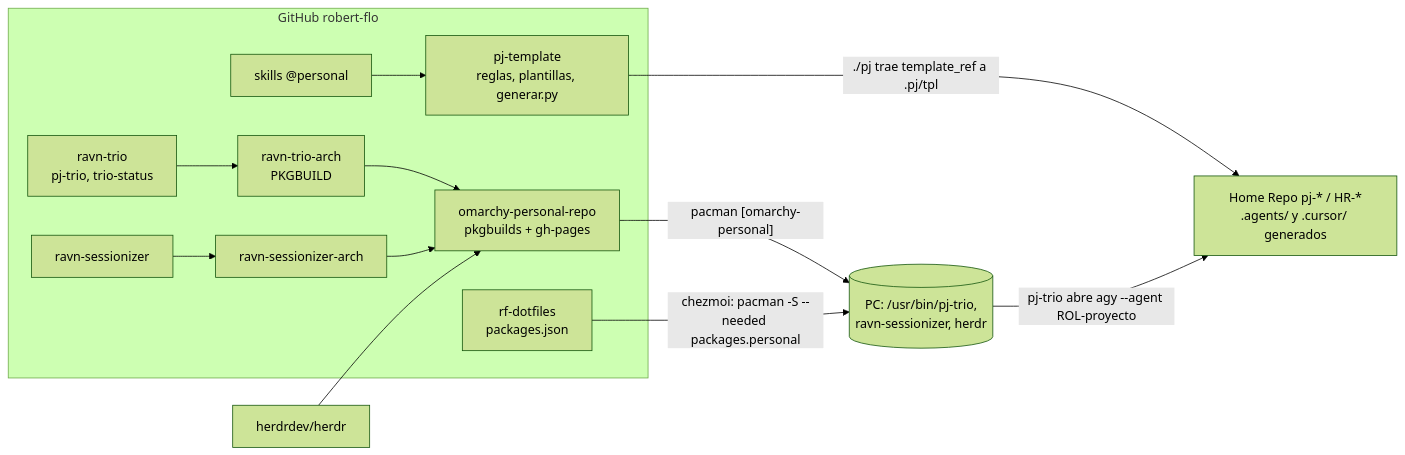
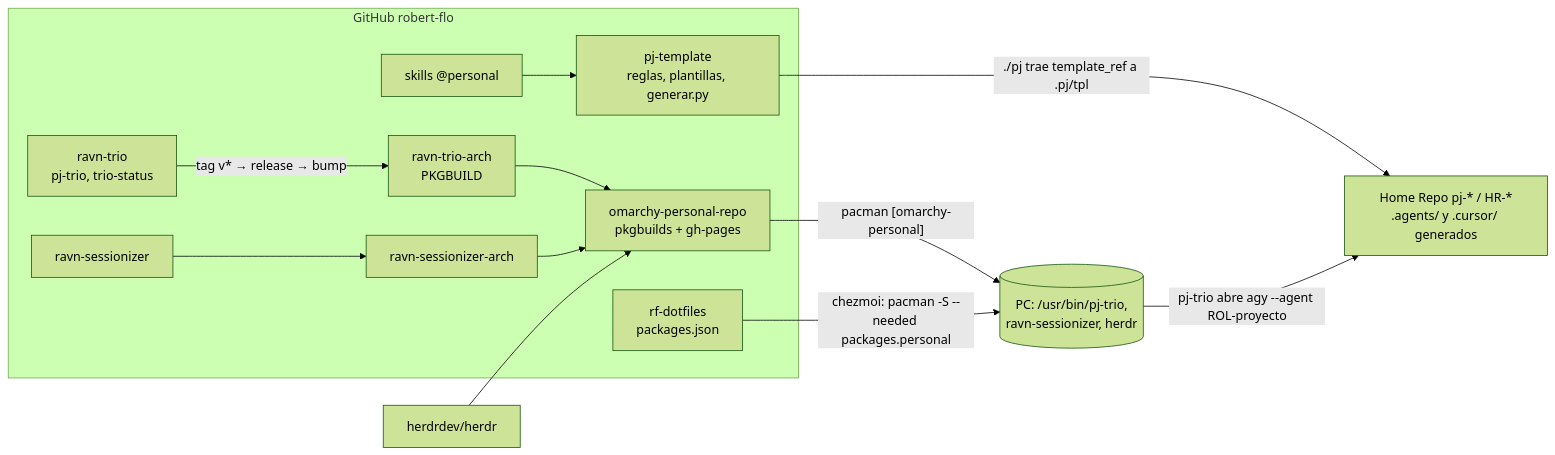
The second of 2 diagrams in 08 - AI Developer Workflows/08.8 - Cómo funciona el trío local (PM-WK-RV, pj-trio, herdr).md (robert-flo/PJ-NIRI-rf-omarchy-workstation), drawn with Mermaid (forest theme) before and after one commit. The commit also changed other lines of this file and 1 other file, not shown here.

Commit message:
docs(08.8): estado al 2026-11-16, pj-trio status, desfases del RV y links fijados a SHA

````diff
--- a/08 - AI Developer Workflows/08.8 - Cómo funciona el trío local (PM-WK-RV, pj-trio, herdr).md
+++ b/08 - AI Developer Workflows/08.8 - Cómo funciona el trío local (PM-WK-RV, pj-trio, herdr).md
@@ -198,21 +201,21 @@
 ```mermaid
 flowchart LR
   subgraph GH[GitHub robert-flo]
     TPL[pj-template<br/>reglas, plantillas, generar.py]
     SK[skills @personal]
     TRIO[ravn-trio<br/>pj-trio, trio-status]
     TRIOA[ravn-trio-arch<br/>PKGBUILD]
     SES[ravn-sessionizer]
     SESA[ravn-sessionizer-arch]
     OPR[omarchy-personal-repo<br/>pkgbuilds + gh-pages]
     DOT[rf-dotfiles<br/>packages.json]
   end
   SK --> TPL
   TPL -- "./pj trae template_ref a .pj/tpl" --> HR[Home Repo pj-* / HR-*<br/>.agents/ y .cursor/ generados]
-  TRIO --> TRIOA --> OPR
+  TRIO -- "tag v* → release → bump" --> TRIOA --> OPR
   SES --> SESA --> OPR
   HERDR[herdrdev/herdr] --> OPR
   OPR -- "pacman [omarchy-personal]" --> PC[(PC: /usr/bin/pj-trio,<br/>ravn-sessionizer, herdr)]
   DOT -- "chezmoi: pacman -S --needed packages.personal" --> PC
   PC -- "pj-trio abre agy --agent ROL-proyecto" --> HR
 ```
````
